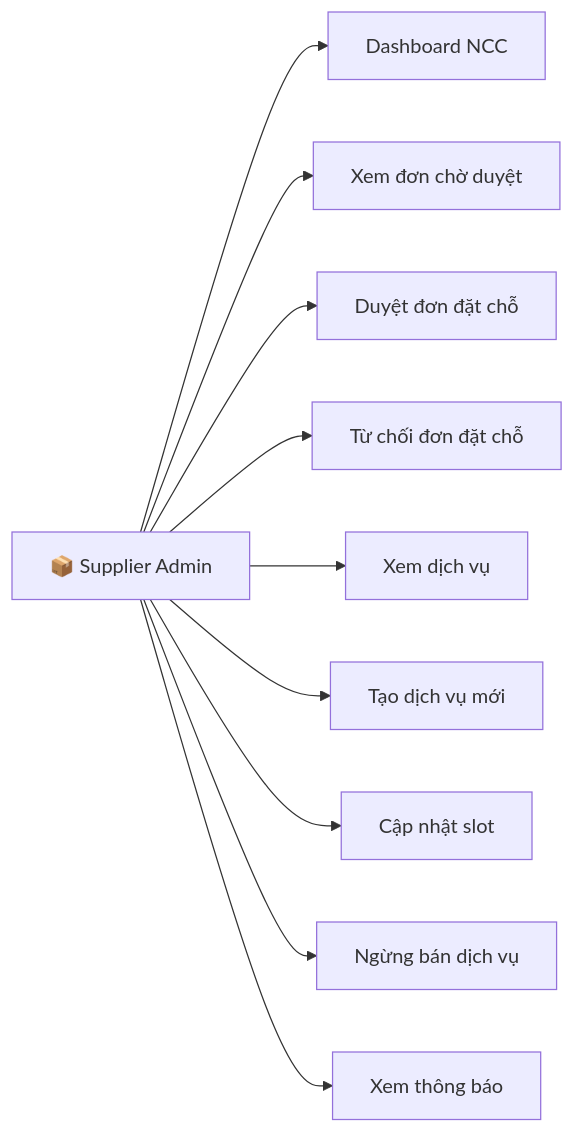
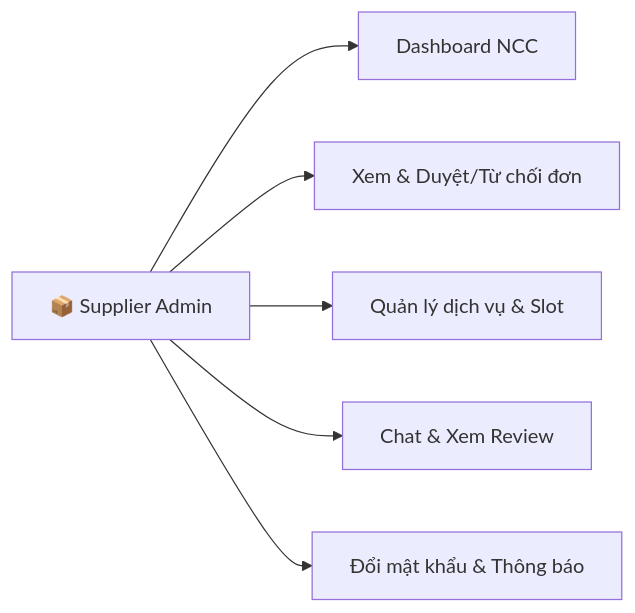
One commit to thanh-16/B2B_Tour changed the sixth of 25 diagrams in docs/actor and usecase/actors.md. Above: the diagram before and after it, drawn with Mermaid. The commit also changed other lines of this file, not shown here.

Commit message:
add chat bot and update plase2

````diff
--- a/docs/actor and usecase/actors.md
+++ b/docs/actor and usecase/actors.md
@@ -203,14 +227,10 @@
 ```mermaid
 graph LR
     SA["📦 Supplier Admin"]
 
     SA --> UC_DASH["Dashboard NCC"]
-    SA --> UC_PENDING["Xem đơn chờ duyệt"]
-    SA --> UC_APPROVE["Duyệt đơn đặt chỗ"]
-    SA --> UC_REJECT["Từ chối đơn đặt chỗ"]
-    SA --> UC_LIST_SVC["Xem dịch vụ"]
-    SA --> UC_CREATE_SVC["Tạo dịch vụ mới"]
-    SA --> UC_SLOT["Cập nhật slot"]
-    SA --> UC_STOP["Ngừng bán dịch vụ"]
-    SA --> UC_NOTI["Xem thông báo"]
+    SA --> UC_PENDING["Xem & Duyệt/Từ chối đơn"]
+    SA --> UC_SVC["Quản lý dịch vụ & Slot"]
+    SA --> UC_CHAT["Chat & Xem Review"]
+    SA --> UC_PW["Đổi mật khẩu & Thông báo"]
 ```
````
